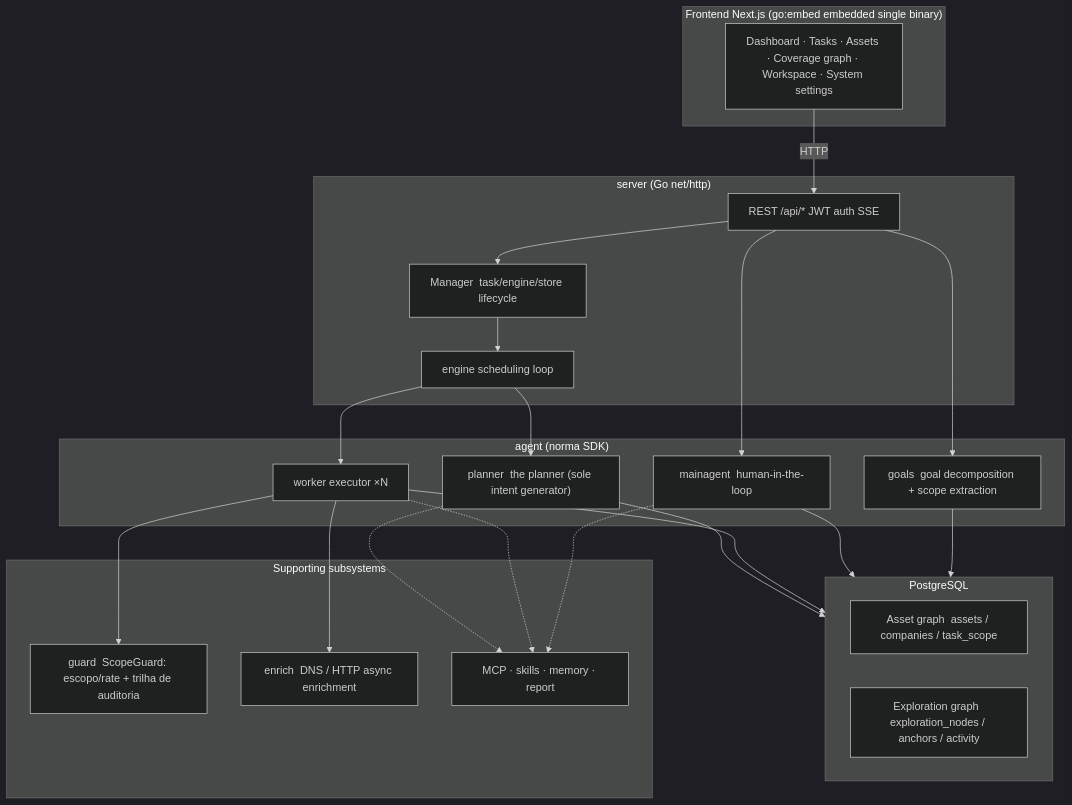
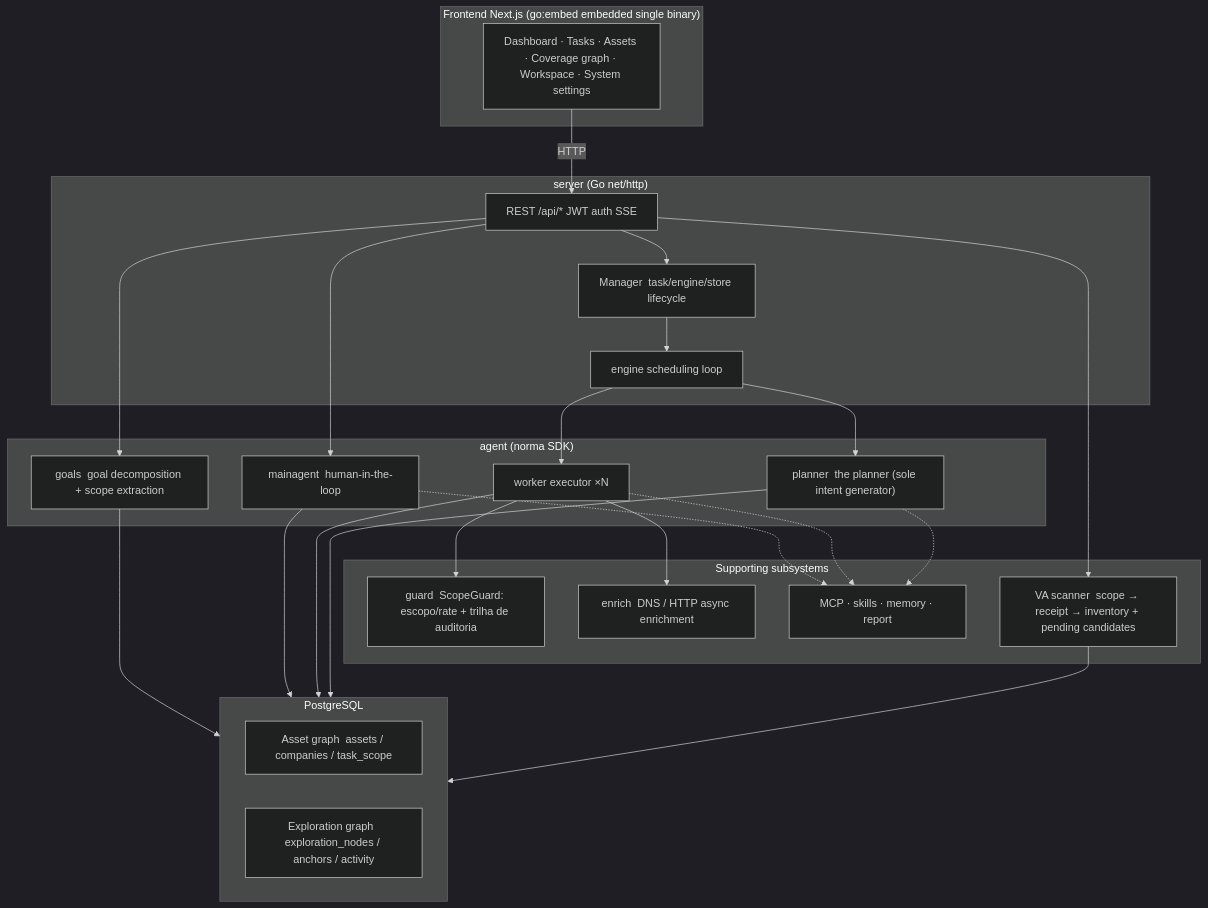
The first of 5 diagrams in README.md (MTheux/it4us-va), drawn with Mermaid (dark theme) before and after one commit. The commit also changed other lines of this file and 11 other files, not shown here.

````diff
--- a/README.md
+++ b/README.md
@@ -309,42 +309,44 @@
 ```mermaid
 flowchart TB
   subgraph FE["Frontend Next.js (go:embed embedded single binary)"]
     UI["Dashboard · Tasks · Assets · Coverage graph · Workspace · System settings"]
   end
   subgraph SRV["server (Go net/http)"]
     API["REST /api/*  JWT auth  SSE"]
     ENG["engine scheduling loop"]
     MGR["Manager  task/engine/store lifecycle"]
   end
   subgraph AG["agent (norma SDK)"]
     GO["goals  goal decomposition + scope extraction"]
     PL["planner  the planner (sole intent generator)"]
     WK["worker  executor ×N"]
     MA["mainagent  human-in-the-loop"]
   end
   subgraph DB["PostgreSQL"]
     AGRAPH["Asset graph  assets / companies / task_scope"]
     EGRAPH["Exploration graph  exploration_nodes / anchors / activity"]
   end
   subgraph SUB["Supporting subsystems"]
     GUARD["guard  ScopeGuard: escopo/rate + trilha de auditoria"]
     ENR["enrich  DNS / HTTP async enrichment"]
     EXT["MCP · skills · memory · report"]
+    VA["VA scanner  scope → receipt → inventory + pending candidates"]
   end
 
   UI -->|HTTP| API
   API --> MGR --> ENG
+  API --> VA --> DB
   ENG --> PL
   ENG --> WK
   API --> MA
   API --> GO
   PL --> DB
   WK --> DB
   MA --> DB
   GO --> DB
   WK --> GUARD
   WK --> ENR
   PL -.-> EXT
   WK -.-> EXT
   MA -.-> EXT
 ```
````
